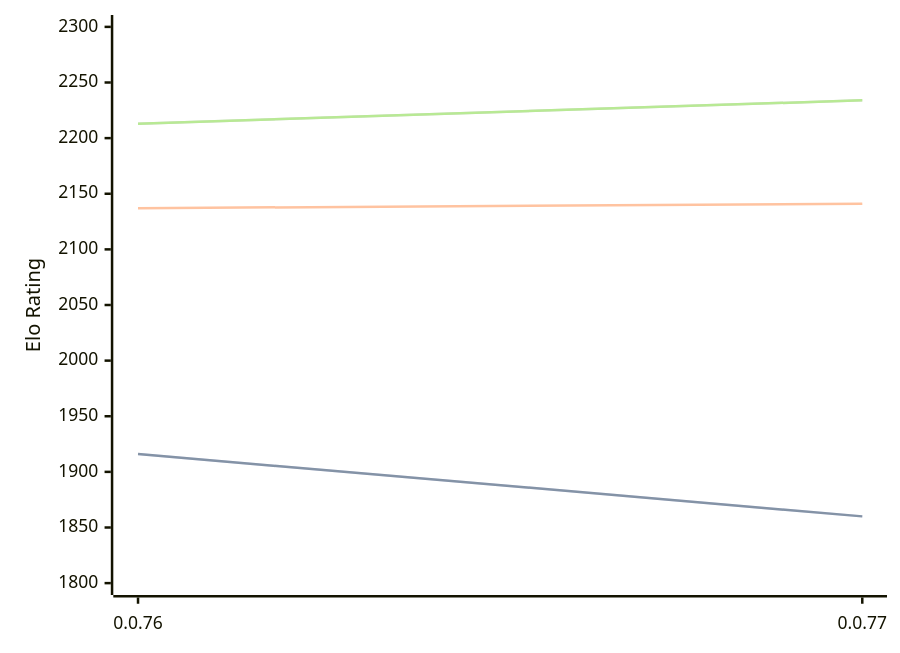
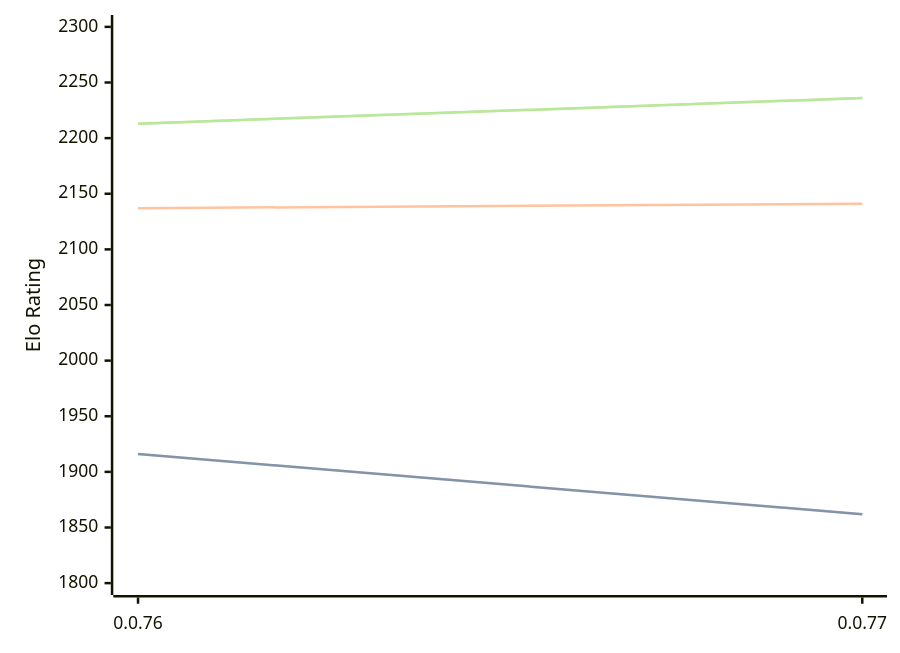
The diagram in engines/Fktb.md (computer-chess-index/cci), drawn with Mermaid before and after one commit. The commit also changed other lines of this file, not shown here.

Commit message:
Update CCI Ratings (ELO VLTC) - 2026-09-08

````diff
--- a/engines/Fktb.md
+++ b/engines/Fktb.md
@@ -32,11 +32,11 @@
 ```mermaid
 %%{init: {"theme":"base","themeVariables":{"seriesColors:['#a3a3a3','#222221','#faa371']}}}%%
 xychart-beta
   x-axis ["0.0.76", "0.0.77"]
   y-axis "Elo Rating" 1800 --> 2300
-  line "" [1916, 1860]
-  line "STC (8.0+0.08s)" [1916, 1860]
+  line "" [1916, 1862]
+  line "STC (8.0+0.08s)" [1916, 1862]
   line "LTC (60.0+0.60s)" [2137, 2141]
-  line "" [2213, 2234]
-  line "VLTC (2m24s+1.12s)" [2213, 2234]
+  line "" [2213, 2236]
+  line "VLTC (2m24s+1.12s)" [2213, 2236]
 ```
````
